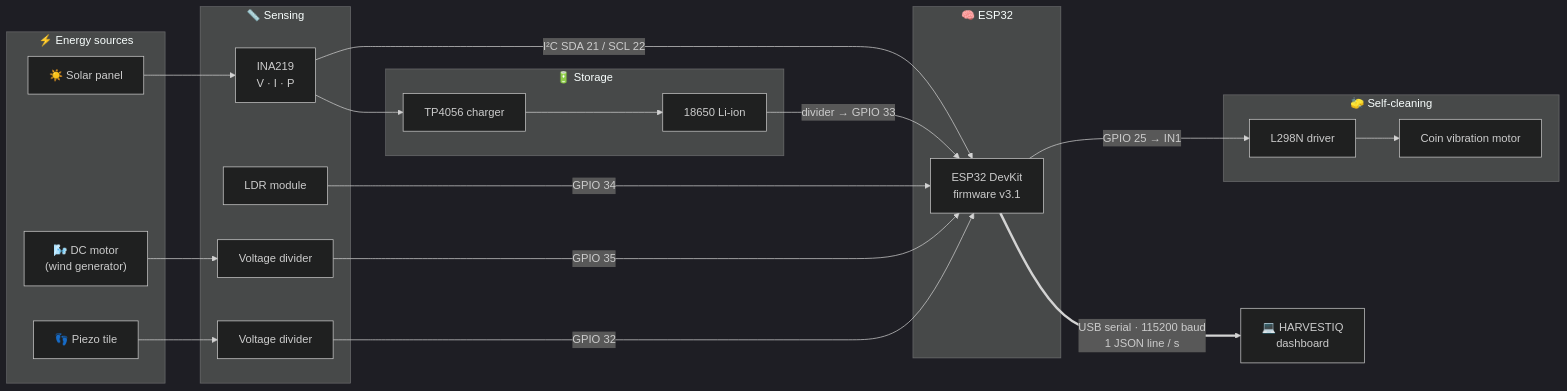
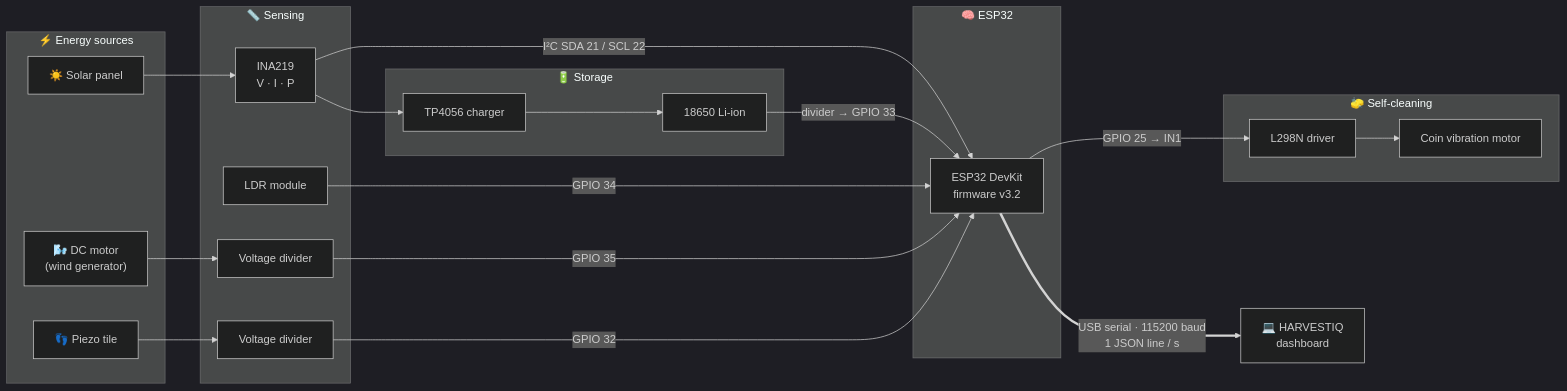
The second of 7 diagrams in README.md (Mukesh-240/harvestiq), drawn with Mermaid (dark theme) before and after one commit. The commit also changed other lines of this file and 12 other files, not shown here.

````diff
--- a/README.md
+++ b/README.md
@@ -178,38 +180,38 @@
 ```mermaid
 flowchart LR
     subgraph SOURCES["⚡ Energy sources"]
         SUN["☀️ Solar panel"]
         WIND["🌬️ DC motor<br/>(wind generator)"]
         PZ["👣 Piezo tile"]
     end
 
     subgraph SENSE["📏 Sensing"]
         INA["INA219<br/>V · I · P"]
         LDR["LDR module"]
         DIV1["Voltage divider"]
         DIV2["Voltage divider"]
     end
 
     subgraph CORE["🧠 ESP32"]
-        ESP["ESP32 DevKit<br/>firmware v3.1"]
+        ESP["ESP32 DevKit<br/>firmware v3.2"]
     end
 
     subgraph STORE["🔋 Storage"]
         TP["TP4056 charger"]
         BAT["18650 Li-ion"]
     end
 
     subgraph ACT["🧽 Self-cleaning"]
         L298["L298N driver"]
         VIB["Coin vibration motor"]
     end
 
     SUN --> INA -->|"I²C SDA 21 / SCL 22"| ESP
     INA --> TP --> BAT
     LDR -->|"GPIO 34"| ESP
     WIND --> DIV1 -->|"GPIO 35"| ESP
     PZ --> DIV2 -->|"GPIO 32"| ESP
     BAT -->|"divider → GPIO 33"| ESP
     ESP -->|"GPIO 25 → IN1"| L298 --> VIB
     ESP ==>|"USB serial · 115200 baud<br/>1 JSON line / s"| PC["💻 HARVESTIQ<br/>dashboard"]
 ```
````
